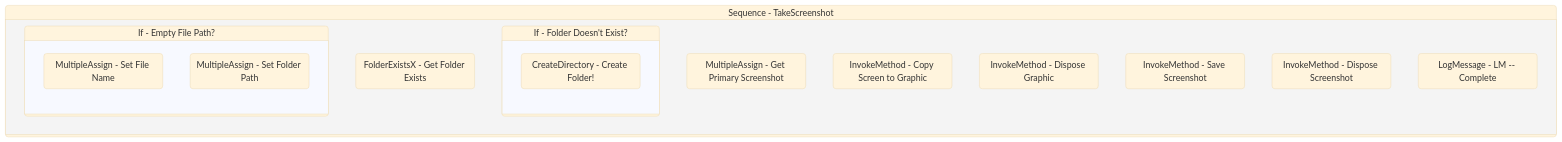
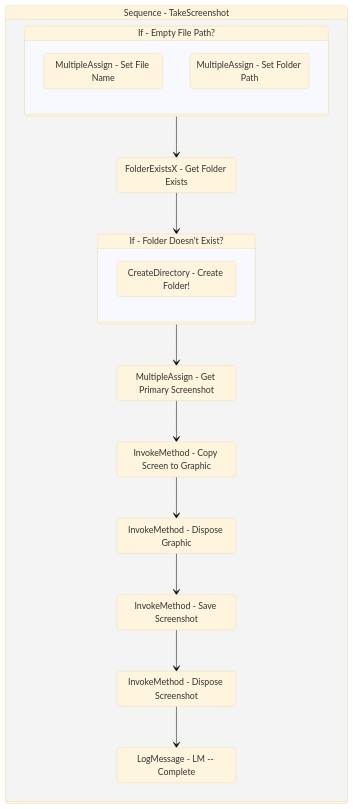
One commit to yashbrahmbhatt/LazyFramework changed the diagram in Documentation/Utility/TakeScreenshot.md. Above: the diagram before and after it, drawn with Mermaid (base theme). The commit also changed 78 other files, not shown here.

Commit message:
added handling of ifs in autodocs mermaid

````diff
--- a/Documentation/Utility/TakeScreenshot.md
+++ b/Documentation/Utility/TakeScreenshot.md
@@ -142,29 +142,36 @@
 ```mermaid
 stateDiagram-v2
 
 
 Sequence_1: Sequence - TakeScreenshot
 state Sequence_1 {
 direction TB
 
 If_2: If - Empty File Path?
 state If_2 {
 direction TB
 MultipleAssign_1 : MultipleAssign - Set File Name
 MultipleAssign_3 : MultipleAssign - Set Folder Path
 }
 FolderExistsX_1 : FolderExistsX - Get Folder Exists
-
+If_2 --> FolderExistsX_1
+FolderExistsX_1 --> If_1
 If_1: If - Folder Doesn't Exist?
 state If_1 {
 direction TB
 CreateDirectory_1 : CreateDirectory - Create Folder!
 }
 MultipleAssign_2 : MultipleAssign - Get Primary Screenshot
+If_1 --> MultipleAssign_2
 InvokeMethod_1 : InvokeMethod - Copy Screen to Graphic
+MultipleAssign_2 --> InvokeMethod_1
 InvokeMethod_2 : InvokeMethod - Dispose Graphic
+InvokeMethod_1 --> InvokeMethod_2
 InvokeMethod_3 : InvokeMethod - Save Screenshot
+InvokeMethod_2 --> InvokeMethod_3
 InvokeMethod_4 : InvokeMethod - Dispose Screenshot
+InvokeMethod_3 --> InvokeMethod_4
 LogMessage_1 : LogMessage - LM -- Complete
+InvokeMethod_4 --> LogMessage_1
 }
 ```
````
